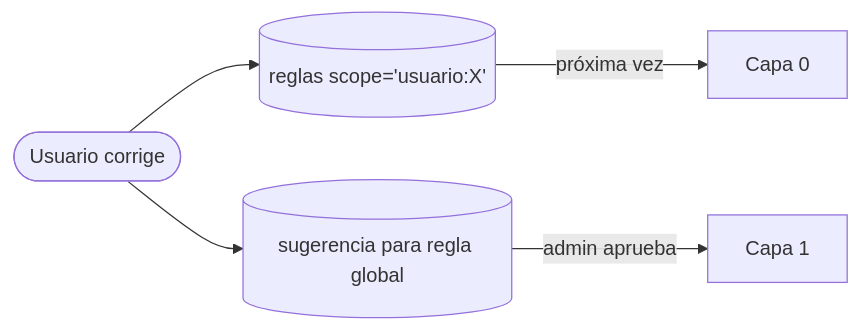
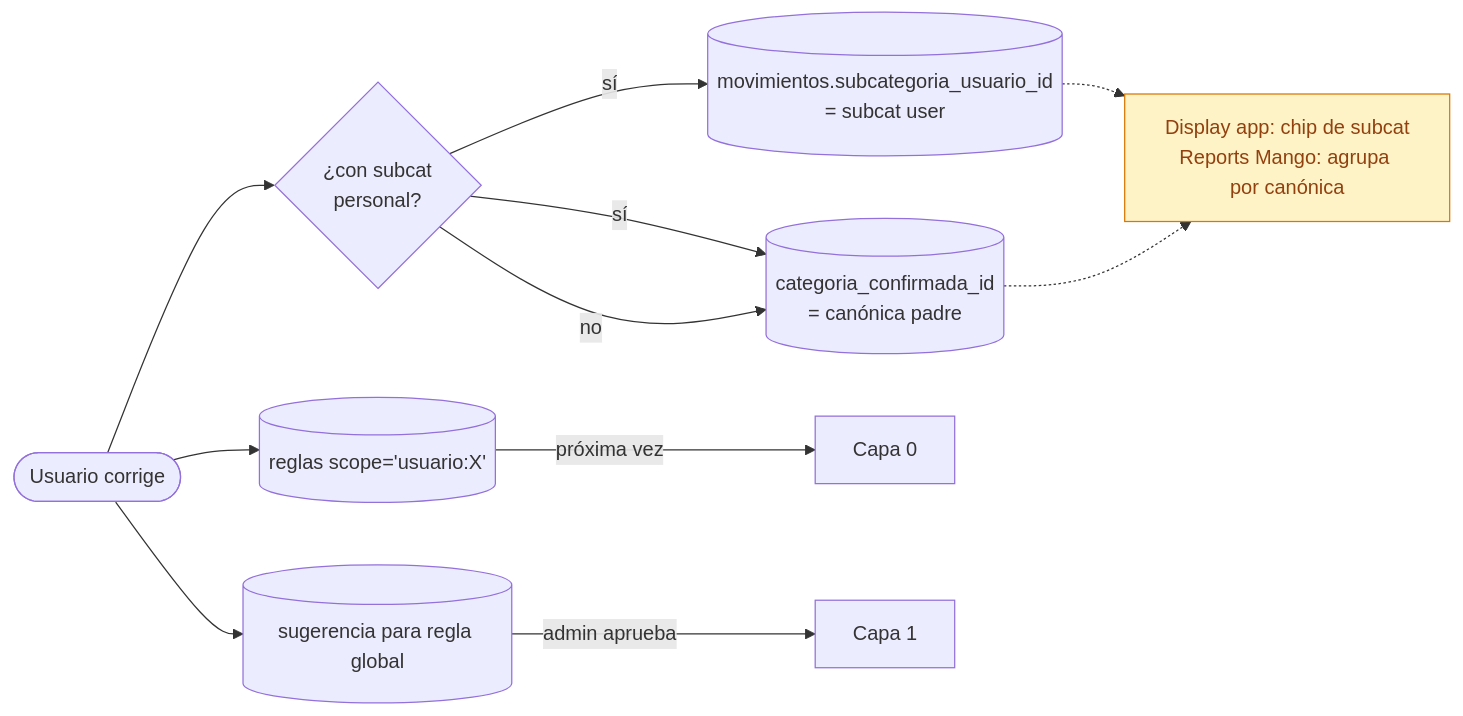
Before and after one commit to anegri93/tagger: the third of 4 diagrams in README.md, drawn with Mermaid. The commit also changed other lines of this file and 2 other files, not shown here.

First line of the commit message:
feat(docs): enhance documentation for user subcategories and movement categorization

````diff
--- a/README.md
+++ b/README.md
@@ -129,7 +141,15 @@
 ```mermaid
 flowchart LR
-    U([Usuario corrige]) --> R[(reglas scope='usuario:X')]
+    U([Usuario corrige]) --> M{¿con subcat<br/>personal?}
+    M -->|sí| MV[(movimientos.subcategoria_usuario_id<br/>= subcat user)]
+    M -->|sí| CA[(categoria_confirmada_id<br/>= canónica padre)]
+    M -->|no| CA
+    U --> R[(reglas scope='usuario:X')]
     R -->|próxima vez| C0[Capa 0]
     U --> S[(sugerencia para regla global)]
     S -->|admin aprueba| C1[Capa 1]
+    Note1[Display app: chip de subcat<br/>Reports Mango: agrupa por canónica]:::note
+    MV -.-> Note1
+    CA -.-> Note1
+    classDef note fill:#fef3c7,stroke:#d97706,color:#92400e
 ```
````
